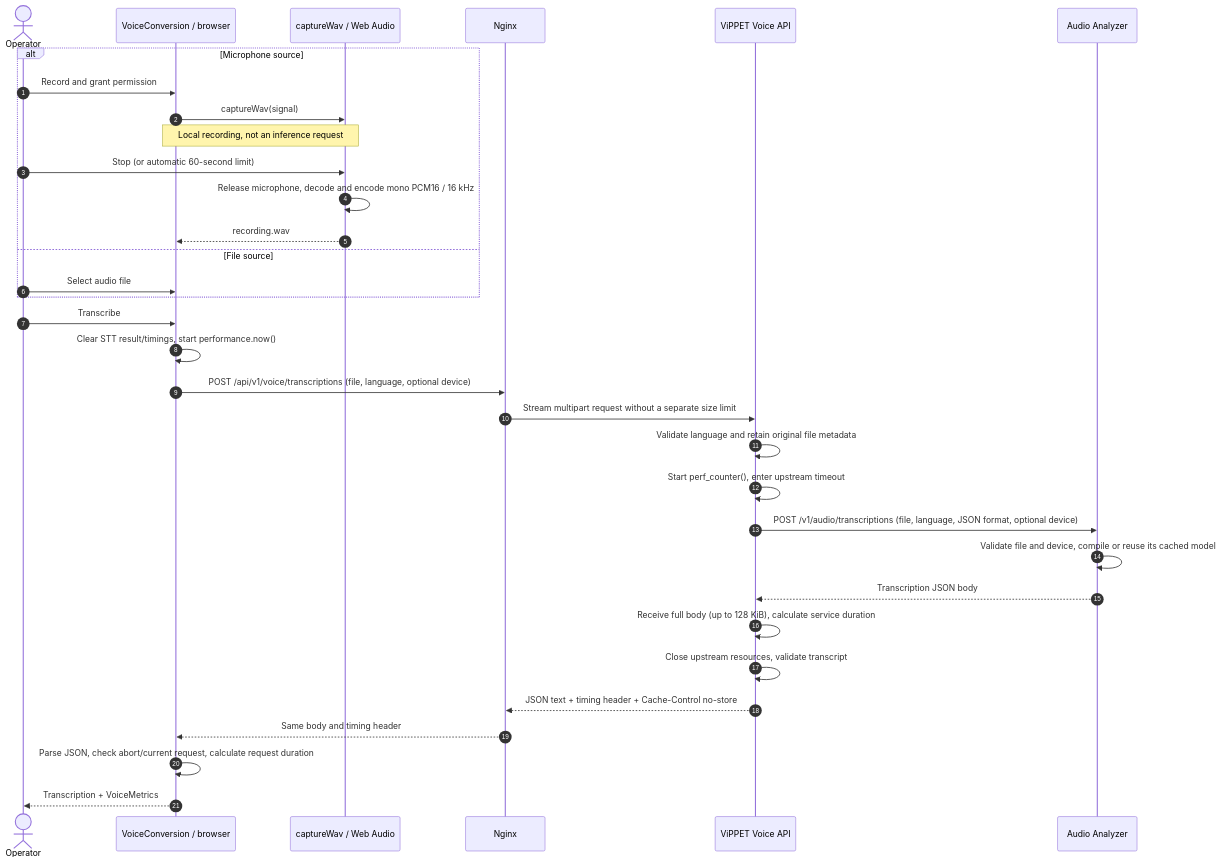
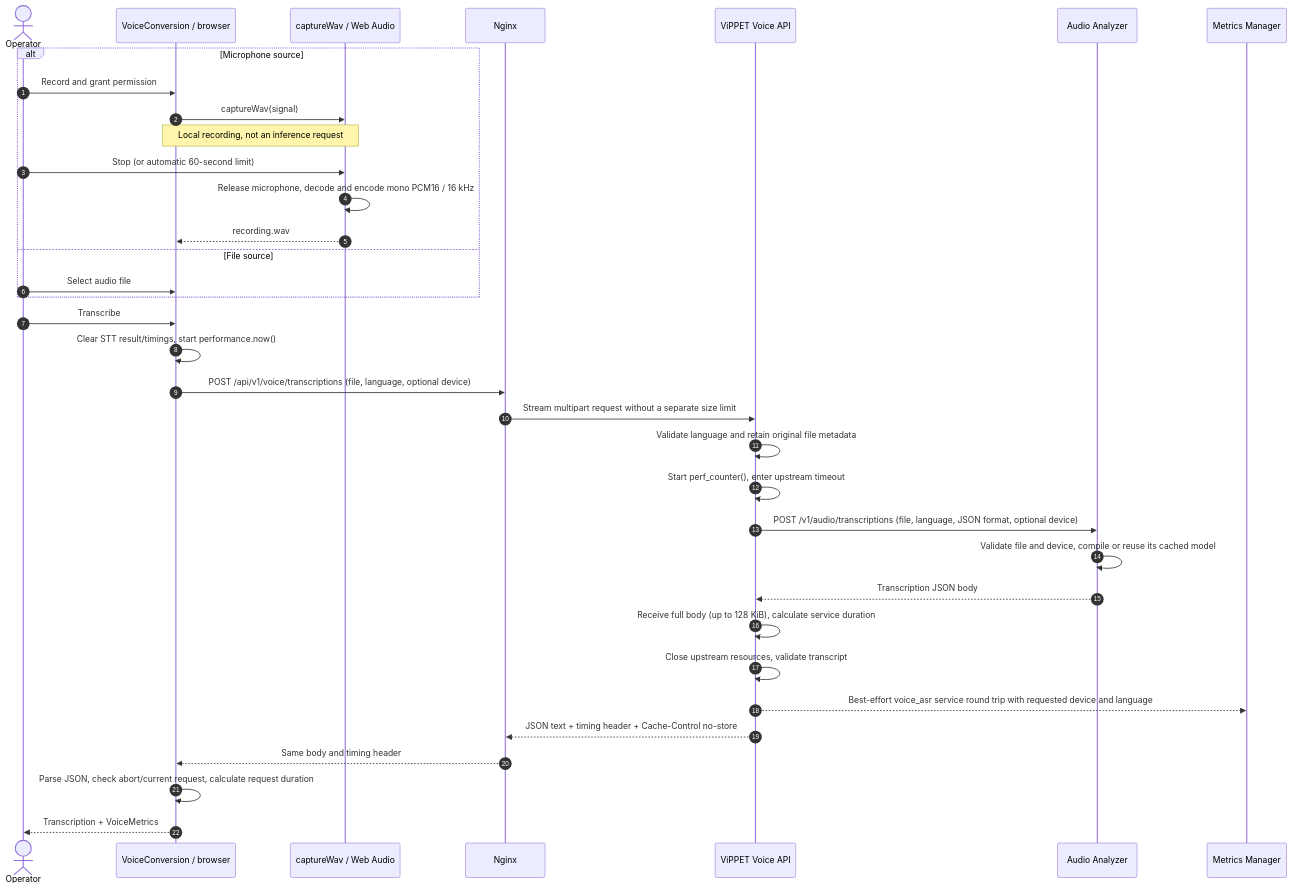
One commit to open-edge-platform/edge-ai-libraries changed the sixth of 9 diagrams in tools/visual-pipeline-and-platform-evaluation-tool/docs/user-guide/developer-guide/voice-architecture.md. Above: the diagram before and after it, drawn with Mermaid. The commit also changed other lines of this file and 7 other files, not shown here.

````diff
--- a/tools/visual-pipeline-and-platform-evaluation-tool/docs/user-guide/developer-guide/voice-architecture.md
+++ b/tools/visual-pipeline-and-platform-evaluation-tool/docs/user-guide/developer-guide/voice-architecture.md
@@ -247,35 +251,37 @@
 ```mermaid
 sequenceDiagram
     autonumber
     actor Operator
     participant UI as VoiceConversion / browser
     participant Capture as captureWav / Web Audio
     participant Web as Nginx
     participant API as ViPPET Voice API
     participant ASR as Audio Analyzer
+    participant Metrics as Metrics Manager
     alt Microphone source
         Operator->>UI: Record and grant permission
         UI->>Capture: captureWav(signal)
         Note over UI,Capture: Local recording, not an inference request
         Operator->>Capture: Stop (or automatic 60-second limit)
         Capture->>Capture: Release microphone, decode and encode mono PCM16 / 16 kHz
         Capture-->>UI: recording.wav
     else File source
       Operator->>UI: Select audio file
     end
     Operator->>UI: Transcribe
     UI->>UI: Clear STT result/timings, start performance.now()
     UI->>Web: POST /api/v1/voice/transcriptions (file, language, optional device)
     Web->>API: Stream multipart request without a separate size limit
     API->>API: Validate language and retain original file metadata
     API->>API: Start perf_counter(), enter upstream timeout
     API->>ASR: POST /v1/audio/transcriptions (file, language, JSON format, optional device)
     ASR->>ASR: Validate file and device, compile or reuse its cached model
     ASR-->>API: Transcription JSON body
     API->>API: Receive full body (up to 128 KiB), calculate service duration
     API->>API: Close upstream resources, validate transcript
+    API-->>Metrics: Best-effort voice_asr service round trip with requested device and language
     API-->>Web: JSON text + timing header + Cache-Control no-store
     Web-->>UI: Same body and timing header
     UI->>UI: Parse JSON, check abort/current request, calculate request duration
     UI-->>Operator: Transcription + VoiceMetrics
 ```
````
